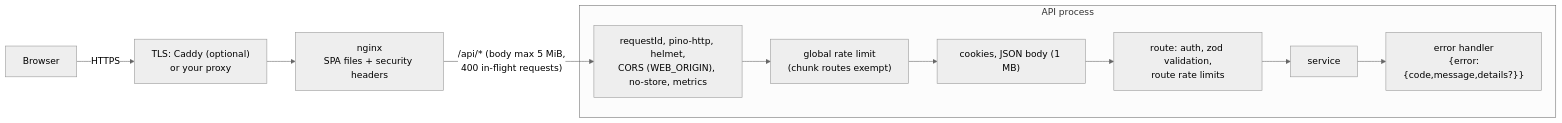
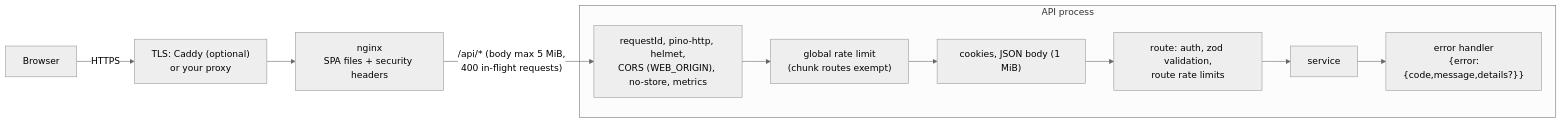
The second of 7 diagrams in docs/ARCHITECTURE.md (exotic-Siddharth/cipherdrop), drawn with Mermaid (neutral theme) before and after one commit. The commit also changed other lines of this file and 7 other files, not shown here.

````diff
--- a/docs/ARCHITECTURE.md
+++ b/docs/ARCHITECTURE.md
@@ -41,13 +41,13 @@
 ```mermaid
 flowchart LR
   B[Browser] -->|HTTPS| T["TLS: Caddy (optional)<br/>or your proxy"]
   T --> W["nginx<br/>SPA files + security headers"]
   W -->|"/api/* (body max 5 MiB,<br/>400 in-flight requests)"| M
   subgraph API process
     M["requestId, pino-http, helmet,<br/>CORS (WEB_ORIGIN), no-store, metrics"] --> G["global rate limit<br/>(chunk routes exempt)"]
-    G --> J["cookies, JSON body (1 MB)"]
+    G --> J["cookies, JSON body (1 MiB)"]
     J --> RT["route: auth, zod validation,<br/>route rate limits"]
     RT --> SV[service]
     SV --> E["error handler<br/>{error:{code,message,details?}}"]
   end
 ```
````
